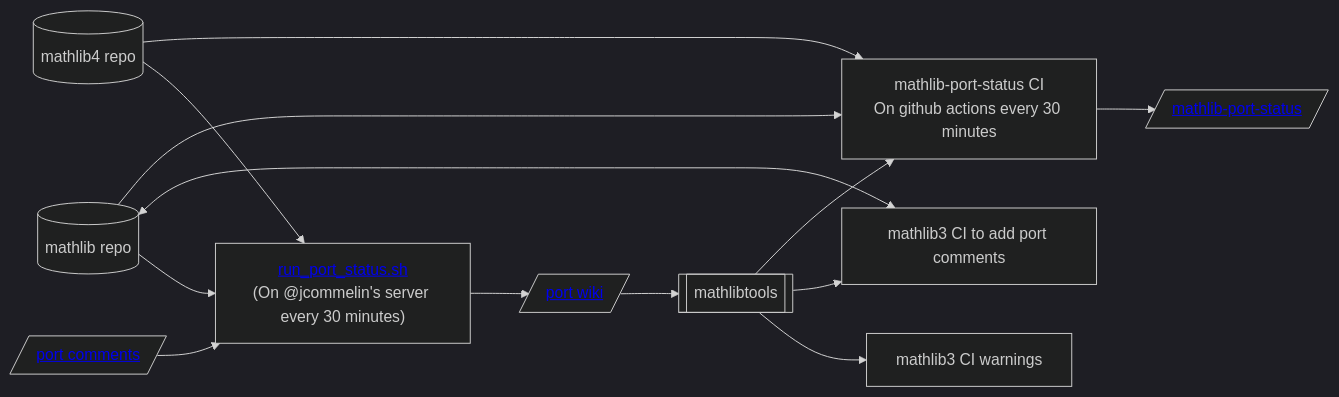
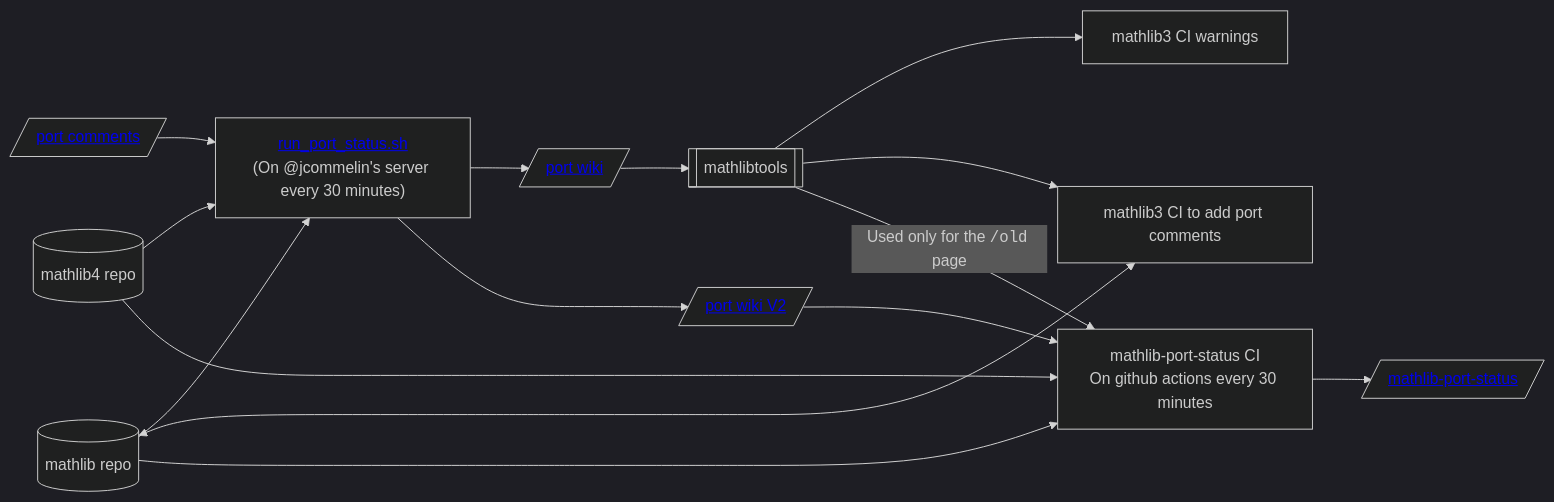
The diagram in README.md (leanprover-community/mathlib-port-status), drawn with Mermaid (dark theme) before and after one commit.

Commit message:
Update diagram to reflect the new port wiki page

````diff
--- a/README.md
+++ b/README.md
@@ -6,27 +6,30 @@
 ```mermaid
 graph LR;
     mathlib4[(mathlib4 repo)]
     mathlib3[(mathlib repo)]
     port-comments[/"<a href='https://raw.githubusercontent.com/wiki/leanprover-community/mathlib4/port-comments.md'>port comments</a>"/]
     run_port_status["<a href='https://github.com/leanprover-community/mathlib4/blob/master/scripts/run_port_status.sh'>run_port_status.sh</a><br />(On @jcommelin's server every 30 minutes)"]
     port-wiki[/"<a href='https://github.com/leanprover-community/mathlib/wiki/mathlib4-port-status'>port wiki</a>"/]
+    port-wiki-yaml[/"<a href='https://github.com/leanprover-community/mathlib/wiki/mathlib4-port-status-yaml'>port wiki V2</a>"/]
     mathlibtools[[mathlibtools]]
     mathlib-port-status-ci[mathlib-port-status CI<br />On github actions every 30 minutes]
     mathlib-port-status[/"<a href='https://leanprover-community.github.io/mathlib-port-status/'>mathlib-port-status</a>"/]
     mathlib3-ci[mathlib3 CI warnings];
     mathlib3-comments[mathlib3 CI to add port comments];
     mathlib4-->run_port_status;
     port-comments-->run_port_status;
     run_port_status-->port-wiki;
+    run_port_status-->port-wiki-yaml;
     port-wiki-->mathlibtools;
     mathlibtools-->mathlib3-ci;
     mathlibtools-->mathlib3-comments;
     mathlib3-->run_port_status;
 
     mathlib3 <-----> mathlib3-comments;
 
-    mathlibtools-->mathlib-port-status-ci;
+    port-wiki-yaml-->mathlib-port-status-ci;
+    mathlibtools-- "Used only for the <code>/old</code> page" -->mathlib-port-status-ci;
     mathlib3-->mathlib-port-status-ci;
     mathlib4-->mathlib-port-status-ci;
     mathlib-port-status-ci-->mathlib-port-status;
 ```
````
